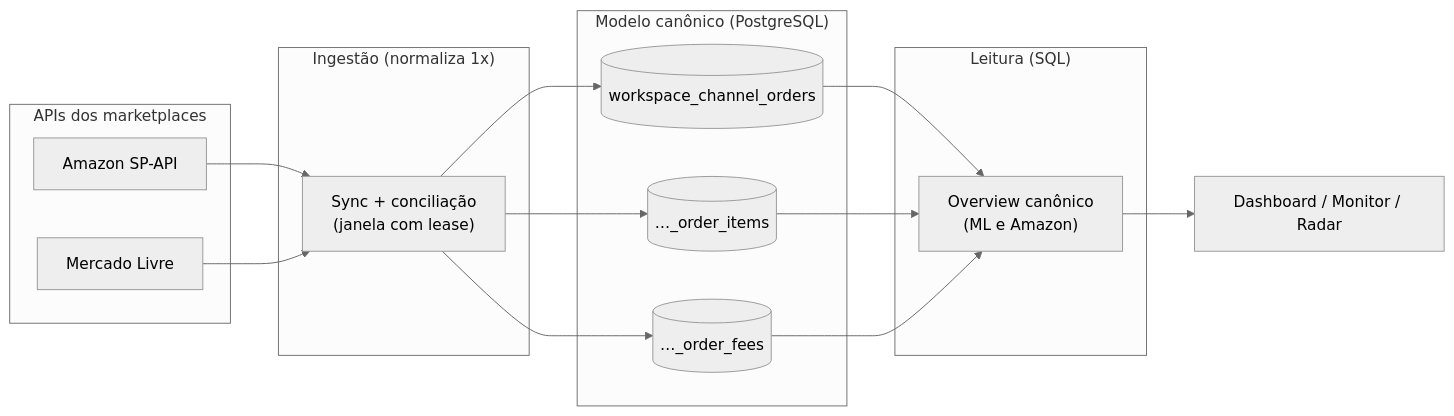
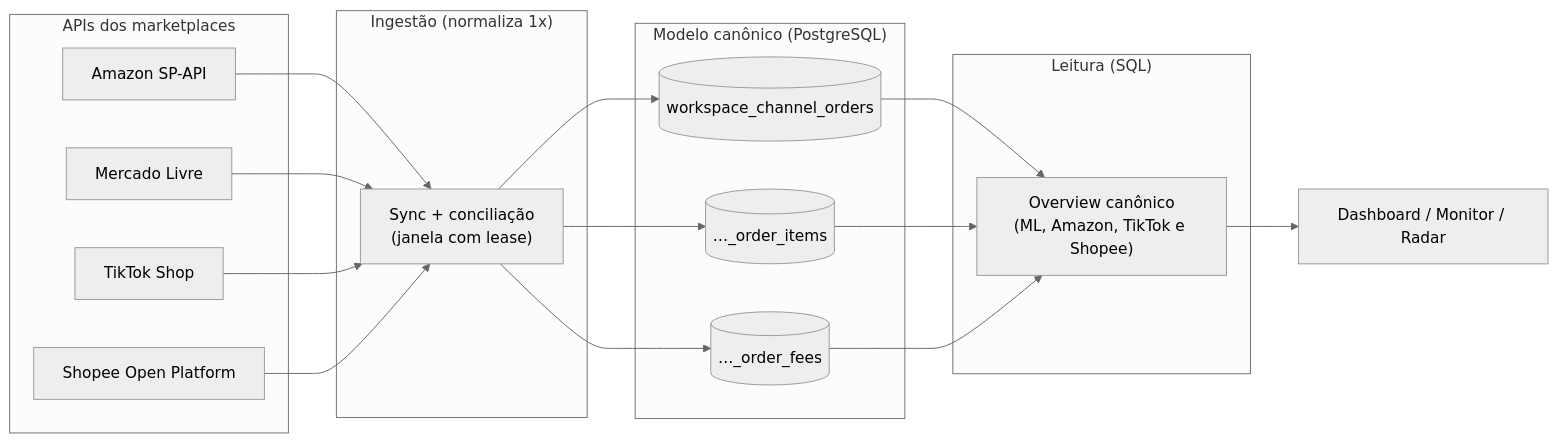
The first of 2 diagrams in docs/architecture/overview.md (AninhaBe/amazon-fba-platform), drawn with Mermaid (neutral theme) before and after one commit. The commit also changed other lines of this file and 185 other files, not shown here.

First line of the commit message:
feat: ingestao TikTok Shop e Shopee com ledger financeiro, lease de refresh OAuth e runner de migrations fail-closed

````diff
--- a/docs/architecture/overview.md
+++ b/docs/architecture/overview.md
@@ -27,24 +27,28 @@
 ```mermaid
 flowchart LR
     subgraph APIs["APIs dos marketplaces"]
         AMZ["Amazon SP-API"]
         ML["Mercado Livre"]
+        TT["TikTok Shop"]
+        SH["Shopee Open Platform"]
     end
     subgraph Ingest["Ingestão (normaliza 1x)"]
         SYNC["Sync + conciliação<br/>(janela com lease)"]
     end
     subgraph Canon["Modelo canônico (PostgreSQL)"]
         ORD[("workspace_channel_orders")]
         ITM[("…_order_items")]
         FEE[("…_order_fees")]
     end
     subgraph Read["Leitura (SQL)"]
-        OV["Overview canônico<br/>(ML e Amazon)"]
+        OV["Overview canônico<br/>(ML, Amazon, TikTok e Shopee)"]
     end
     UI["Dashboard / Monitor / Radar"]
 
     AMZ --> SYNC
     ML --> SYNC
+    TT --> SYNC
+    SH --> SYNC
     SYNC --> ORD & ITM & FEE
     ORD & ITM & FEE --> OV --> UI
 ```
````
